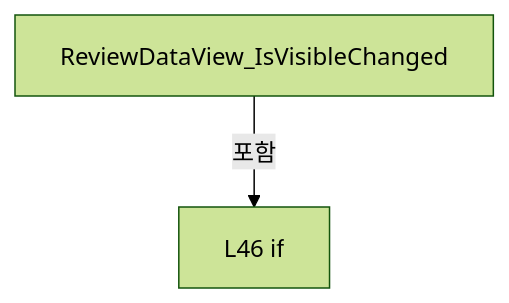
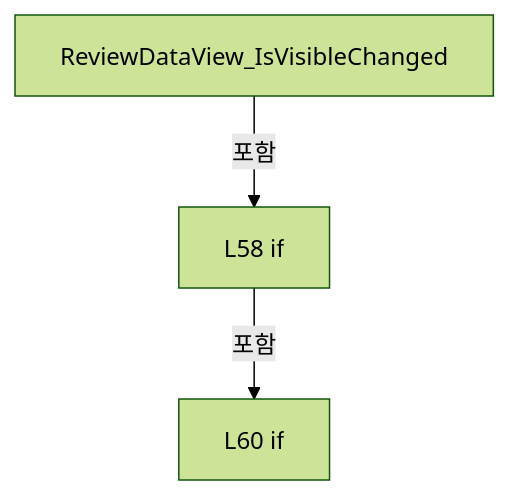
Before and after one commit to kjuws10-rgb/Shared: the first of 18 diagrams in A3 LD Code Ref/files/Drilling.UI/Views/CReviewDataView.xaml.cs.md, drawn with Mermaid (forest theme). The commit also changed other lines of this file and 2071 other files, not shown here.

Commit message:
docs(a3): update 11.19.0 architecture and code reference

````diff
--- a/A3 LD Code Ref/files/Drilling.UI/Views/CReviewDataView.xaml.cs.md
+++ b/A3 LD Code Ref/files/Drilling.UI/Views/CReviewDataView.xaml.cs.md
@@ -318,6 +431,8 @@
 ```mermaid
 flowchart TD
  M["ReviewDataView_IsVisibleChanged"]
- N0["L46 if"]
+ N0["L58 if"]
  M -->|포함| N0
+ N1["L60 if"]
+ N0 -->|포함| N1
 ```
````
